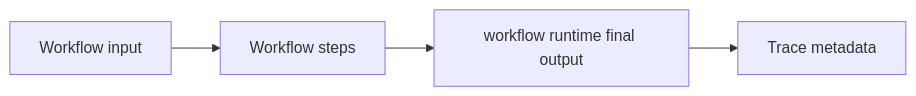
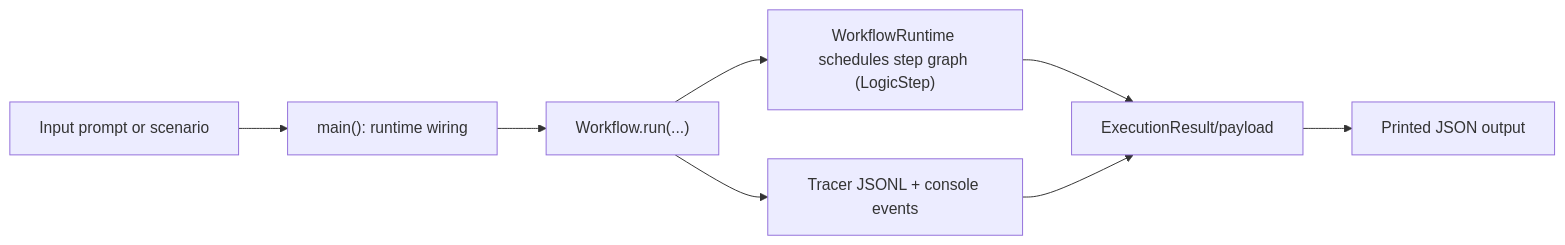
One commit to cmudrc/design-research-agents changed the diagram in docs/examples/workflow/workflow_runtime.rst. Above: the diagram before and after it, drawn with Mermaid. The commit also changed other lines of this file and 83 other files, not shown here.

```diff
--- a/docs/examples/workflow/workflow_runtime.rst
+++ b/docs/examples/workflow/workflow_runtime.rst
@@ -21,6 +21,10 @@
 .. mermaid::
 
    flowchart LR
-       A["Workflow input"] --> B["Workflow steps"]
-       B --> C["workflow runtime final output"]
-       C --> D["Trace metadata"]
+       A["Input prompt or scenario"] --> B["main(): runtime wiring"]
+       B --> C["Workflow.run(...)"]
+       C --> D["WorkflowRuntime schedules step graph (LogicStep)"]
+       C --> E["Tracer JSONL + console events"]
+       D --> F["ExecutionResult/payload"]
+       E --> F
+       F --> G["Printed JSON output"]
```
